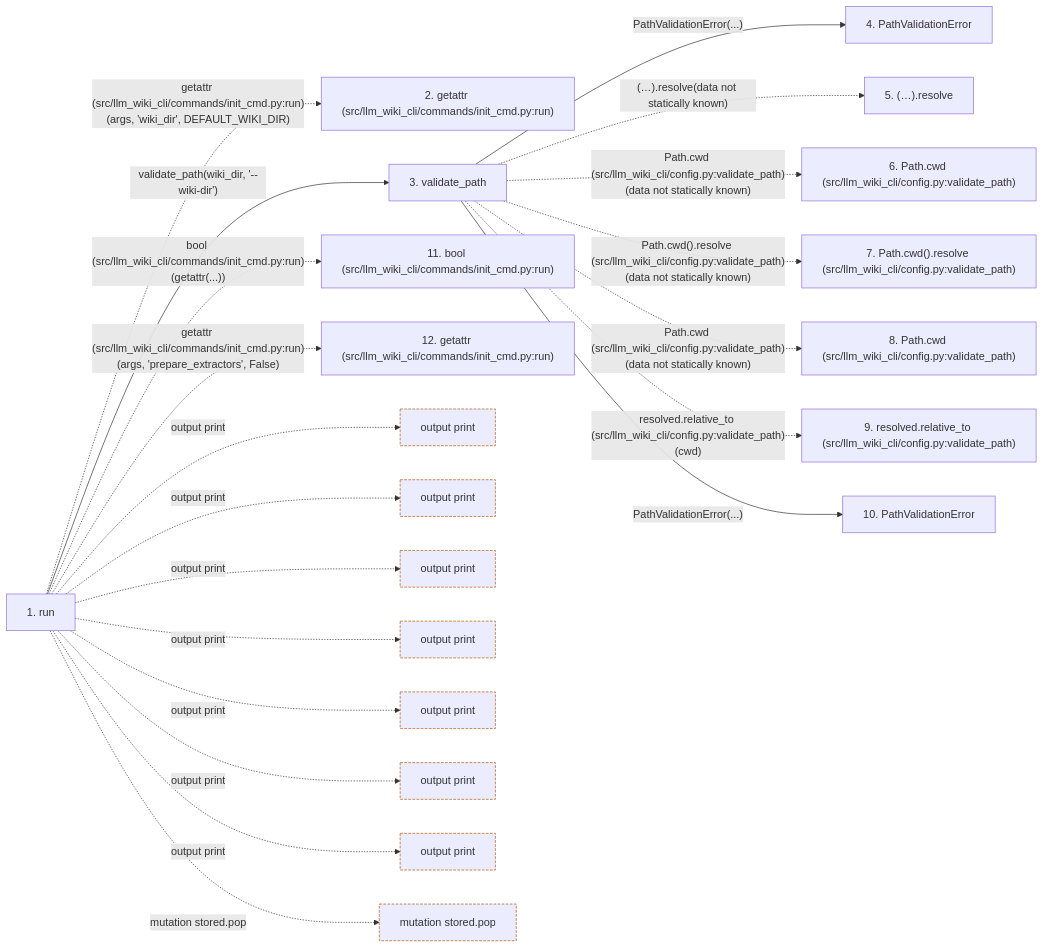
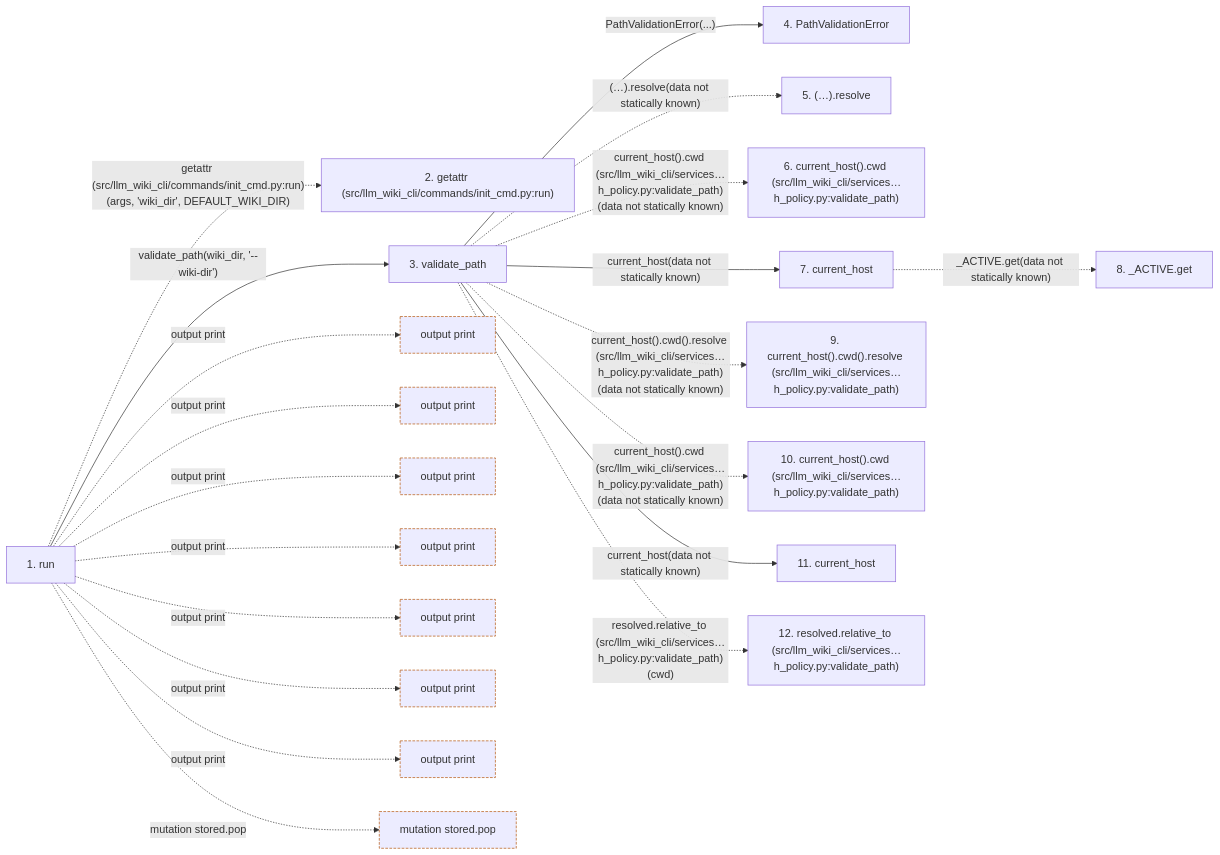
Before and after one commit to Denissvgn/python-wiki-llm: the second of 2 diagrams in docs/llm_wiki/flows/cli-init.md, drawn with Mermaid. The commit also changed other lines of this file and 1555 other files, not shown here.

````diff
--- a/docs/llm_wiki/flows/cli-init.md
+++ b/docs/llm_wiki/flows/cli-init.md
@@ -202,55 +208,56 @@
 ```mermaid
 flowchart LR
     s1["1. run"]
     s2["2. getattr (src/llm_wiki_cli/commands/init_cmd.py:run)"]
     s3["3. validate_path"]
     s4["4. PathValidationError"]
     s5["5. (…).resolve"]
-    s6["6. Path.cwd (src/llm_wiki_cli/config.py:validate_path)"]
-    s7["7. Path.cwd().resolve (src/llm_wiki_cli/config.py:validate_path)"]
-    s8["8. Path.cwd (src/llm_wiki_cli/config.py:validate_path)"]
-    s9["9. resolved.relative_to (src/llm_wiki_cli/config.py:validate_path)"]
-    s10["10. PathValidationError"]
-    s11["11. bool (src/llm_wiki_cli/commands/init_cmd.py:run)"]
-    s12["12. getattr (src/llm_wiki_cli/commands/init_cmd.py:run)"]
+    s6["6. current_host().cwd (src/llm_wiki_cli/services…h_policy.py:validate_path)"]
+    s7["7. current_host"]
+    s8["8. _ACTIVE.get"]
+    s9["9. current_host().cwd().resolve (src/llm_wiki_cli/services…h_policy.py:validate_path)"]
+    s10["10. current_host().cwd (src/llm_wiki_cli/services…h_policy.py:validate_path)"]
+    s11["11. current_host"]
+    s12["12. resolved.relative_to (src/llm_wiki_cli/services…h_policy.py:validate_path)"]
     s1 -. "getattr (src/llm_wiki_cli/commands/init_cmd.py:run)(args, 'wiki_dir', DEFAULT_WIKI_DIR)" .-> s2
     s1 -->|"validate_path(wiki_dir, '--wiki-dir')"| s3
     s3 -->|"PathValidationError(...)"| s4
     s3 -. "(…).resolve(data not statically known)" .-> s5
-    s3 -. "Path.cwd (src/llm_wiki_cli/config.py:validate_path)(data not statically known)" .-> s6
-    s3 -. "Path.cwd().resolve (src/llm_wiki_cli/config.py:validate_path)(data not statically known)" .-> s7
-    s3 -. "Path.cwd (src/llm_wiki_cli/config.py:validate_path)(data not statically known)" .-> s8
-    s3 -. "resolved.relative_to (src/llm_wiki_cli/config.py:validate_path)(cwd)" .-> s9
-    s3 -->|"PathValidationError(...)"| s10
-    s1 -. "bool (src/llm_wiki_cli/commands/init_cmd.py:run)(getattr(...))" .-> s11
-    s1 -. "getattr (src/llm_wiki_cli/commands/init_cmd.py:run)(args, 'prepare_extractors', False)" .-> s12
+    s3 -. "current_host().cwd (src/llm_wiki_cli/services…h_policy.py:validate_path)(data not statically known)" .-> s6
+    s3 -->|"current_host(data not statically known)"| s7
+    s7 -. "_ACTIVE.get(data not statically known)" .-> s8
+    s3 -. "current_host().cwd().resolve (src/llm_wiki_cli/services…h_policy.py:validate_path)(data not statically known)" .-> s9
+    s3 -. "current_host().cwd (src/llm_wiki_cli/services…h_policy.py:validate_path)(data not statically known)" .-> s10
+    s3 -->|"current_host(data not statically known)"| s11
+    s3 -. "resolved.relative_to (src/llm_wiki_cli/services…h_policy.py:validate_path)(cwd)" .-> s12
     b0["output print"]
     s1 -. "output print" .-> b0
     b1["output print"]
     s1 -. "output print" .-> b1
     b2["output print"]
     s1 -. "output print" .-> b2
     b3["output print"]
     s1 -. "output print" .-> b3
     b4["output print"]
     s1 -. "output print" .-> b4
     b5["output print"]
     s1 -. "output print" .-> b5
     b6["output print"]
     s1 -. "output print" .-> b6
     b7["mutation stored.pop"]
     s1 -. "mutation stored.pop" .-> b7
     click s1 "../modules/init_cmd.md"
-    click s3 "../modules/config.md"
-    click s4 "../modules/config.md"
-    click s10 "../modules/config.md"
+    click s3 "../modules/path_policy.md"
+    click s4 "../modules/path_policy.md"
+    click s7 "../modules/host.md"
+    click s11 "../modules/host.md"
     classDef boundary stroke:#b45309,stroke-dasharray: 4 2
     class b0 boundary
     class b1 boundary
     class b2 boundary
     class b3 boundary
     class b4 boundary
     class b5 boundary
     class b6 boundary
     class b7 boundary
 ```
````
